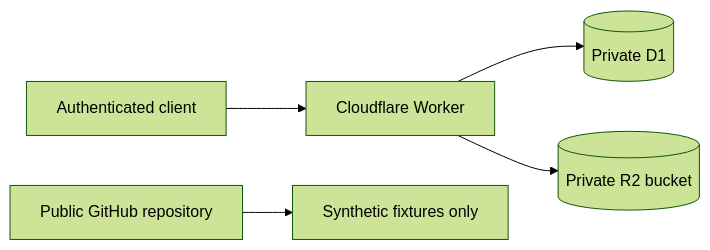
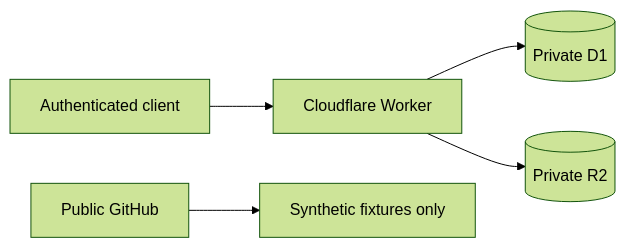
Before and after one commit to ryjen/shopping-inventory: the diagram in docs/architecture/cloudflare-private-storage.md, drawn with Mermaid (forest theme). The commit also changed other lines of this file and 8 other files, not shown here.

````diff
--- a/docs/architecture/cloudflare-private-storage.md
+++ b/docs/architecture/cloudflare-private-storage.md
@@ -7,7 +5,7 @@
 ```mermaid
 flowchart LR
   Client[Authenticated client] --> Worker[Cloudflare Worker]
   Worker --> D1[(Private D1)]
-  Worker --> R2[(Private R2 bucket)]
-  Repo[Public GitHub repository] --> Synthetic[Synthetic fixtures only]
+  Worker --> R2[(Private R2)]
+  Repo[Public GitHub] --> Synthetic[Synthetic fixtures only]
 ```
````
